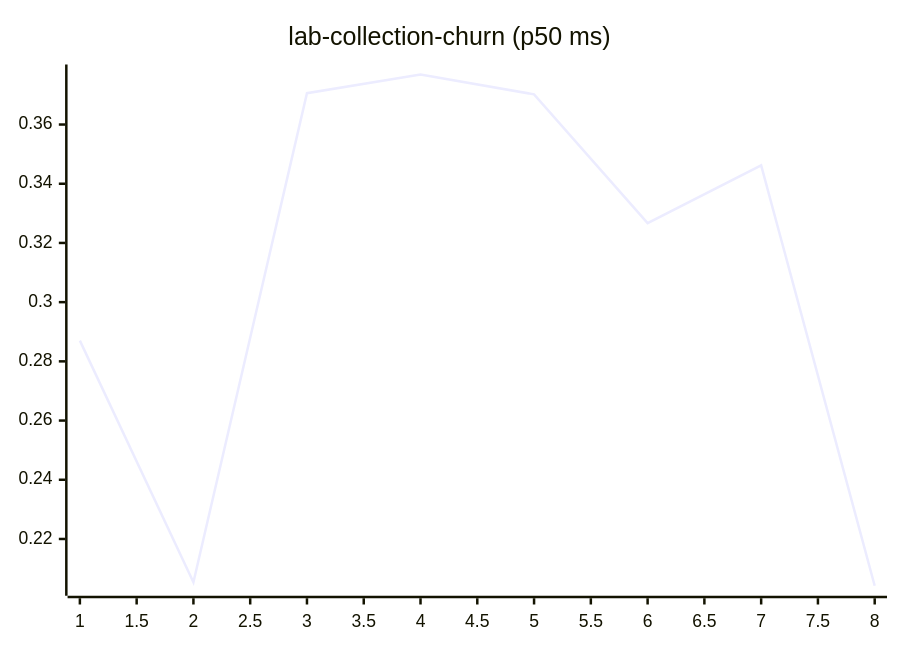
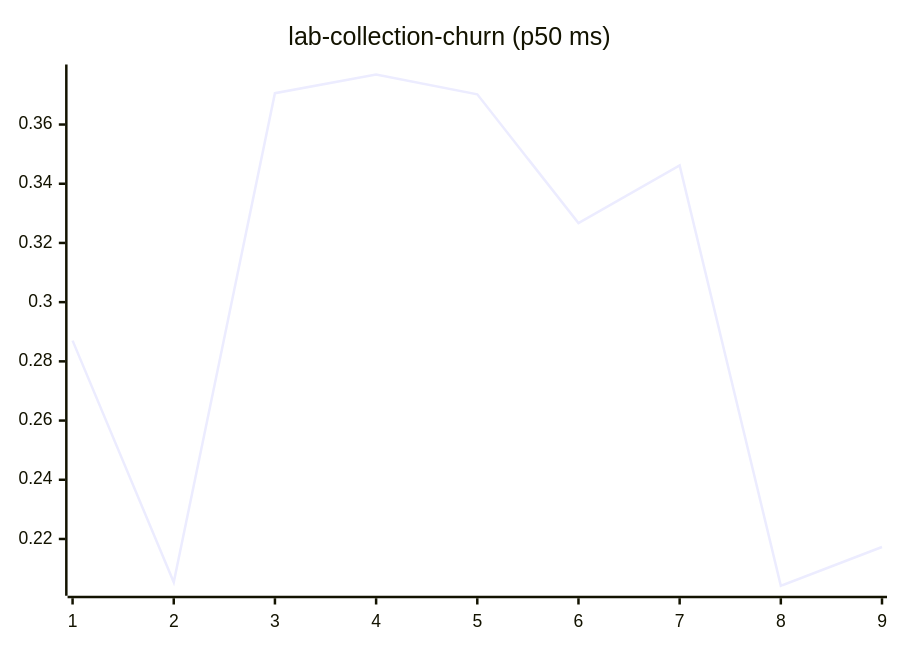
One commit to josha/Facet changed diagram 11 of 27 in README.md. Above: the diagram before and after it, drawn with Mermaid. The commit also changed other lines of this file and 2 other files, not shown here.

````diff
--- a/README.md
+++ b/README.md
@@ -133,6 +133,6 @@
 ```mermaid
 xychart-beta
     title "lab-collection-churn (p50 ms)"
-    x-axis 1 --> 8
-    line [0.2870, 0.2054, 0.3706, 0.3769, 0.3702, 0.3267, 0.3462, 0.2042]
+    x-axis 1 --> 9
+    line [0.2870, 0.2054, 0.3706, 0.3769, 0.3702, 0.3267, 0.3462, 0.2042, 0.2173]
 ```
````
